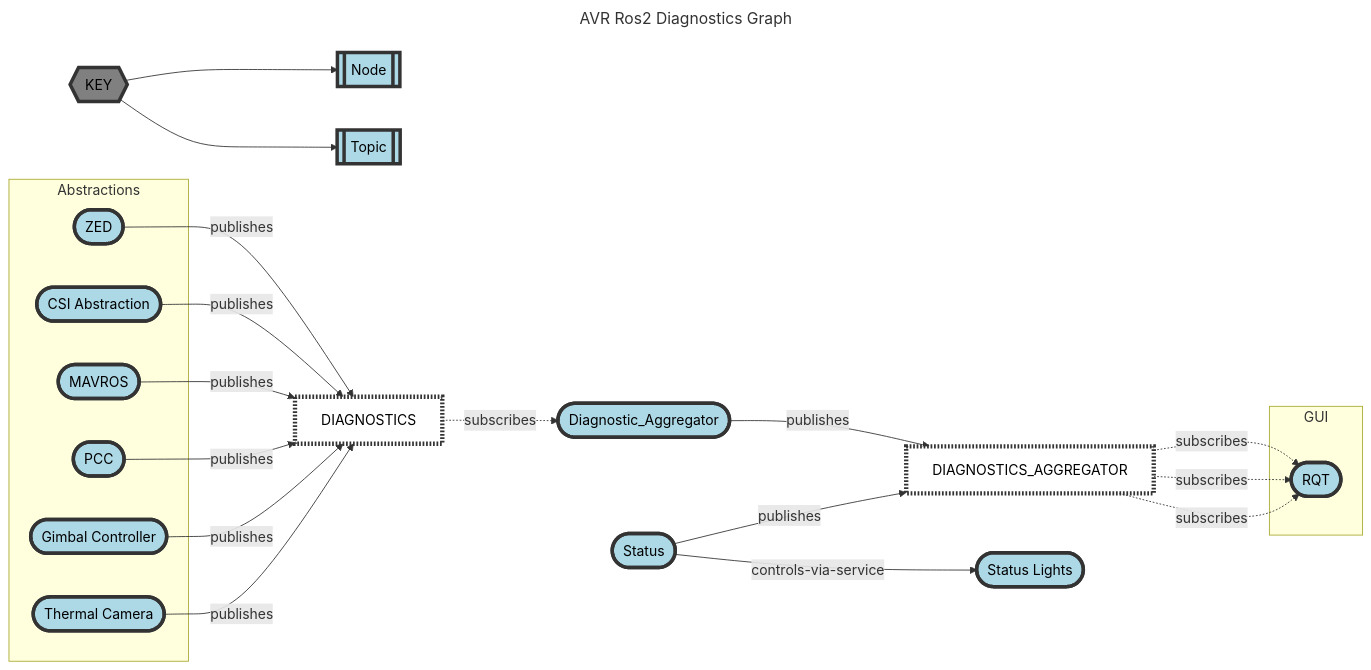
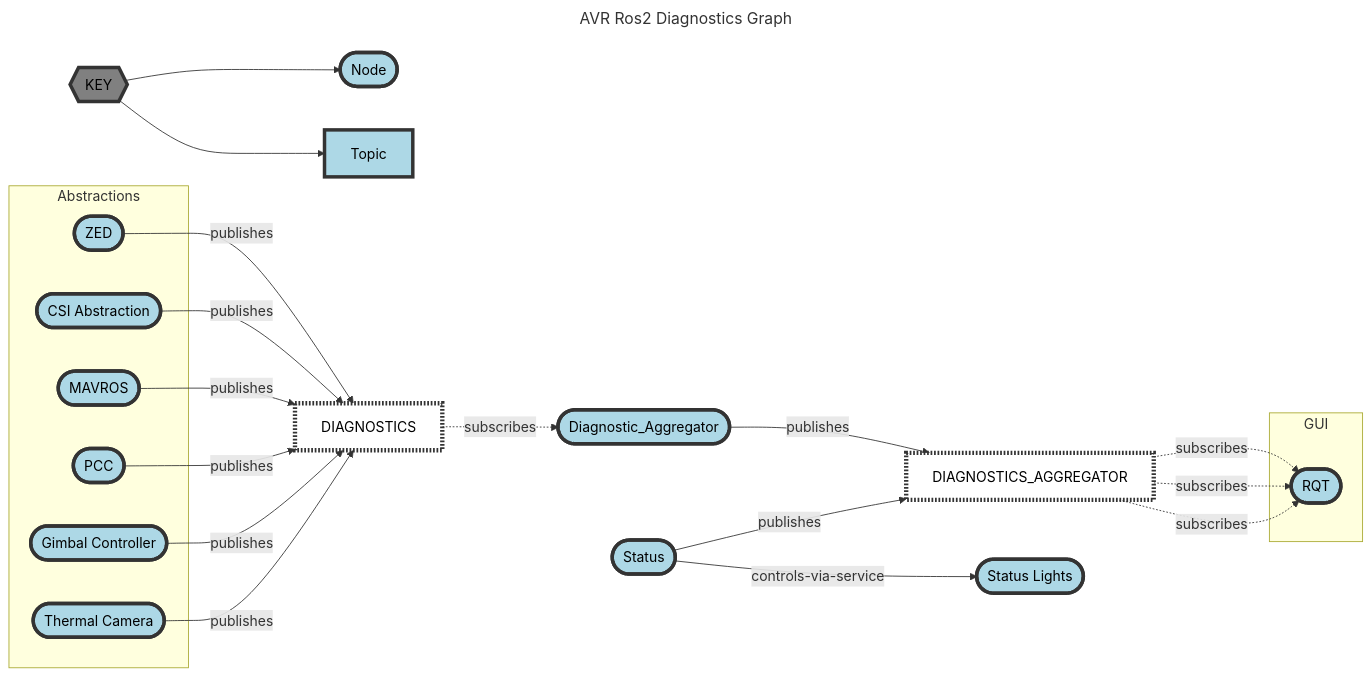
Before and after one commit to Daedalus-Robotics/avr_2023_documentation: the diagram in README.md, drawn with Mermaid.

````diff
--- a/README.md
+++ b/README.md
@@ -1,53 +1,53 @@
 ```mermaid
 ---
 title: AVR Ros2 Diagnostics Graph
 ---
 flowchart LR
     
     classDef node fill:lightBlue,color:black,stroke:#333,stroke-width:4px
     classDef topic fill:white,color:black,stroke:#333,stroke-width:5px, stroke-dasharray: 2 2
 
     classDef key fill:gray,color:black,stroke:#333,stroke-width:4px
     
-    legend{{KEY}}:::key-->i1[[Node]]
-    legend-->i2[[Topic]]
+    legend{{KEY}}:::key-->i1([Node])
+    legend-->i2[Topic]
     
     diagnostics_topic[DIAGNOSTICS]:::topic
     diag_agg([Diagnostic_Aggregator])
     diag_agg_topic[DIAGNOSTICS_AGGREGATOR]:::topic
     status_node([Status])
     status_lights([Status Lights])
     RQT/GUI([RQT])
     
     zed([ZED])
     
    
     
     subgraph Abstractions 
         zed
         CSI_abs
         Mavros
         PCC
         gimcont
         themcam
     end
     
     subgraph GUI 
         RQT/GUI
     end
     
     zed --publishes-->diagnostics_topic
     CSI_abs([CSI Abstraction]) --publishes-->diagnostics_topic
     Mavros([MAVROS]) --publishes-->diagnostics_topic
     PCC([PCC]) --publishes-->diagnostics_topic
     gimcont([Gimbal Controller]) --publishes-->diagnostics_topic
     themcam([Thermal Camera]) --publishes-->diagnostics_topic
     diagnostics_topic -. subscribes .->diag_agg
     diag_agg --publishes-->diag_agg_topic
     status_node --publishes-->diag_agg_topic
     status_node --controls-via-service-->status_lights
     diag_agg_topic -. subscribes .-> RQT/GUI
     diag_agg_topic -. subscribes .-> RQT/GUI
     diag_agg_topic -. subscribes .-> RQT/GUI 
 
 ```
````
